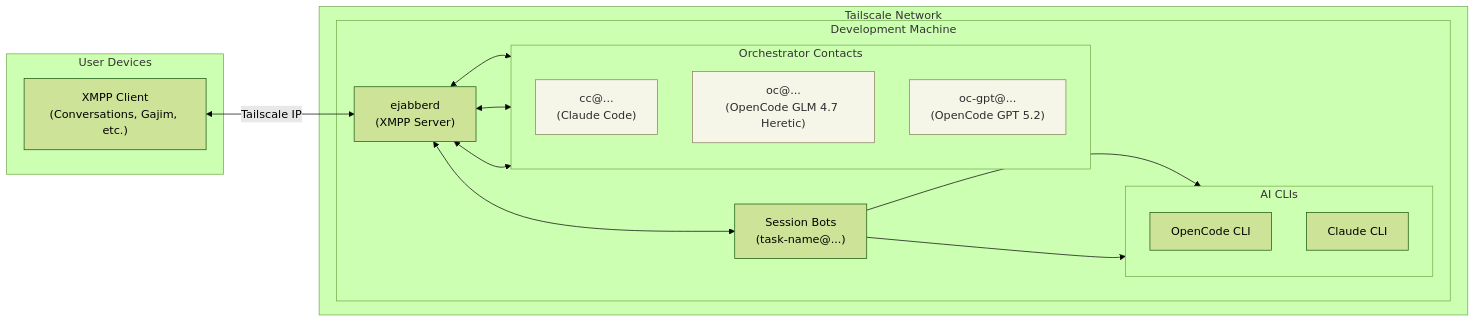
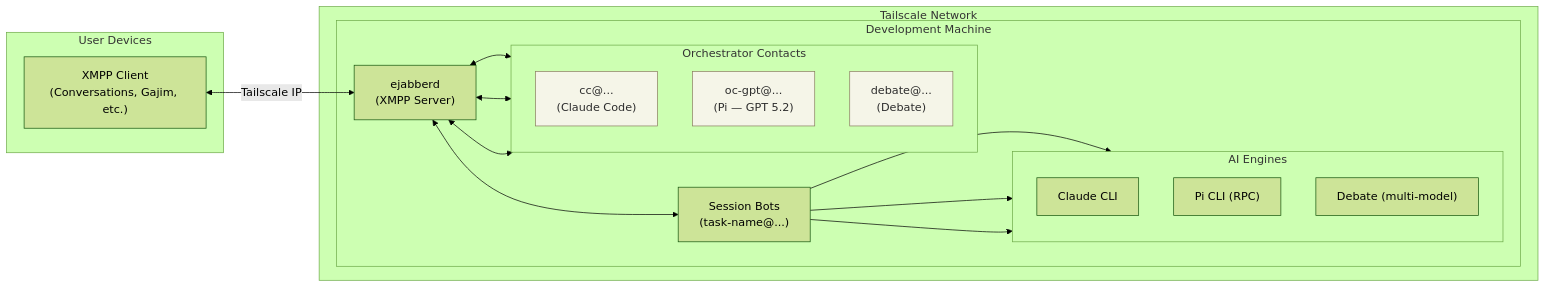
Before and after one commit to chknlittle/switch: the first of 2 diagrams in README.md, drawn with Mermaid (forest theme). The commit also changed other lines of this file, not shown here.

First line of the commit message:
docs: update README for Pi/Debate engines, remove OpenCode references

````diff
--- a/README.md
+++ b/README.md
@@ -33,38 +33,40 @@
 ```mermaid
 flowchart LR
     subgraph User["User Devices"]
         Client["XMPP Client<br/>(Conversations, Gajim, etc.)"]
     end
 
     subgraph Tailnet["Tailscale Network"]
         subgraph DevBox["Development Machine"]
             XMPP["ejabberd<br/>(XMPP Server)"]
 
             subgraph Orchestrators["Orchestrator Contacts"]
                 direction TB
                 CC["cc@...<br/>(Claude Code)"]
-                OC["oc@...<br/>(OpenCode GLM 4.7 Heretic)"]
-                OCGPT["oc-gpt@...<br/>(OpenCode GPT 5.2)"]
+                PI["oc-gpt@...<br/>(Pi — GPT 5.2)"]
+                DB["debate@...<br/>(Debate)"]
             end
 
             Sessions["Session Bots<br/>(task-name@...)"]
 
-            subgraph Engines["AI CLIs"]
+            subgraph Engines["AI Engines"]
                 direction TB
-                OpenCode["OpenCode CLI"]
                 Claude["Claude CLI"]
+                PiCLI["Pi CLI (RPC)"]
+                Debate["Debate (multi-model)"]
             end
         end
     end
 
     Client <-->|"Tailscale IP"| XMPP
     XMPP <--> CC
-    XMPP <--> OC
-    XMPP <--> OCGPT
+    XMPP <--> PI
+    XMPP <--> DB
     XMPP <--> Sessions
-    Sessions --> OpenCode
     Sessions --> Claude
+    Sessions --> PiCLI
+    Sessions --> Debate
 
     classDef orchestrator fill:#f5f5e8,stroke:#8a7d60,color:#2c2c2c;
-    class CC,OC,OCGPT orchestrator;
+    class CC,PI,DB orchestrator;
 ```
````
